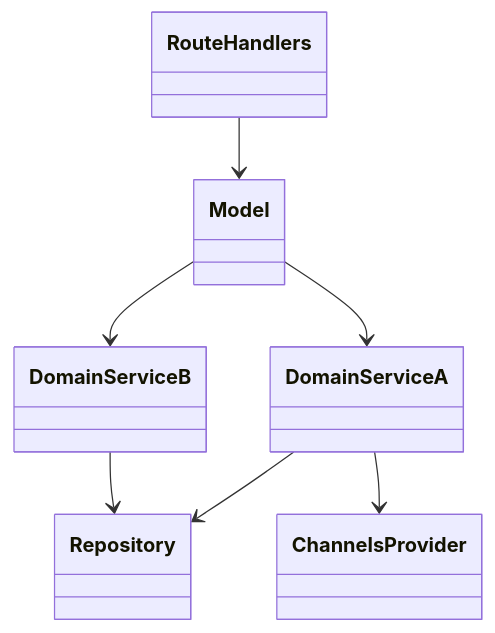
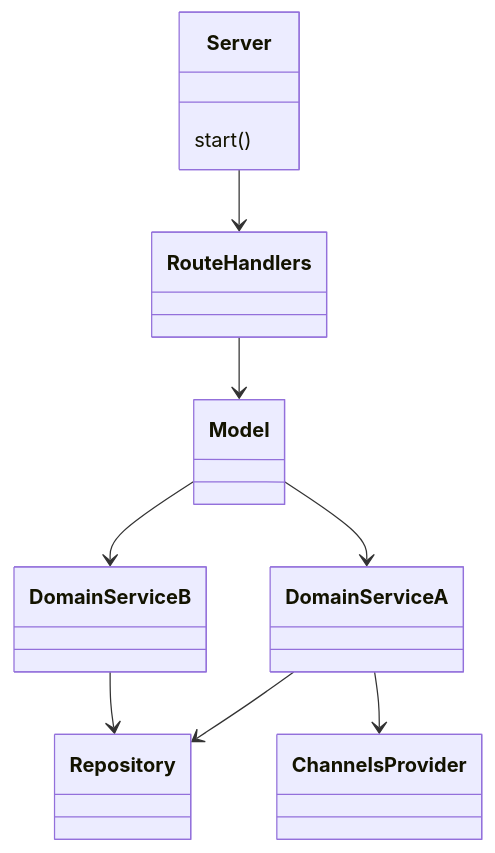
One commit to den-gr/Driving-School-Distributed-Management-Software changed the first of 3 diagrams in docs/report/TacticalDesign.md. Above: the diagram before and after it, drawn with Mermaid. The commit also changed 1 other file, not shown here.

Commit message:
docs: add a work around to just-the-docs bug

````diff
--- a/docs/report/TacticalDesign.md
+++ b/docs/report/TacticalDesign.md
@@ -7,12 +7,13 @@
 ```mermaid
 classDiagram
-
+class Server{
+    start()
+}
+Server --> RouteHandlers
 RouteHandlers --> Model
 Model --> DomainServiceA
 Model --> DomainServiceB
 DomainServiceA --> Repository
 DomainServiceA --> ChannelsProvider
 DomainServiceB --> Repository
-
-
 ```
````
